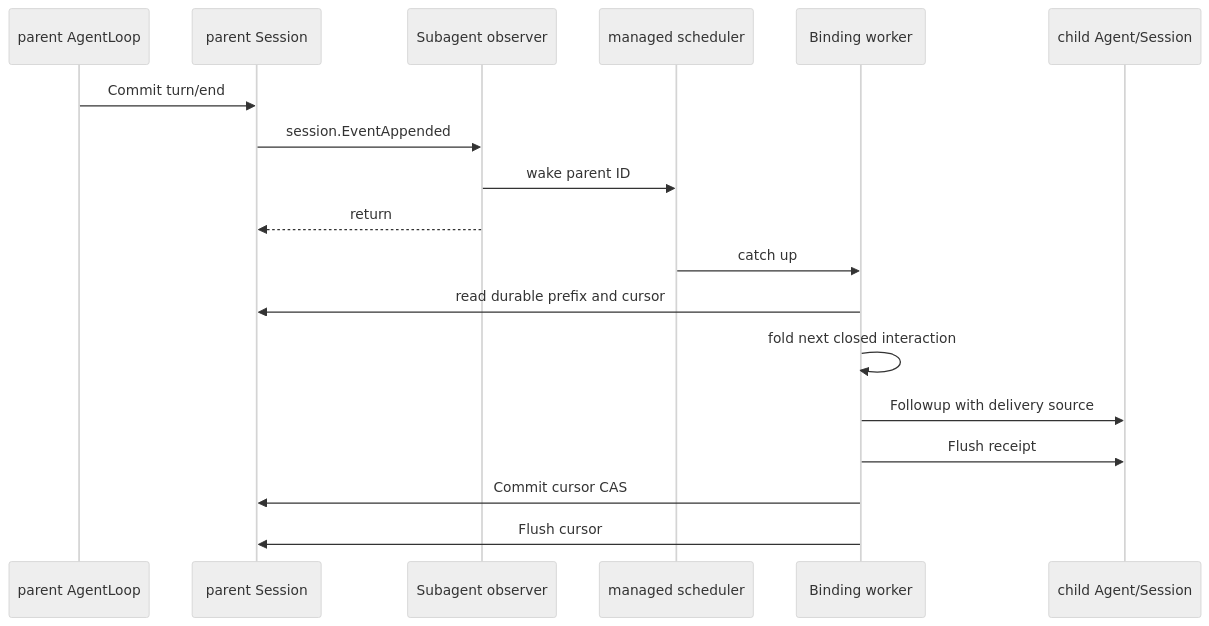
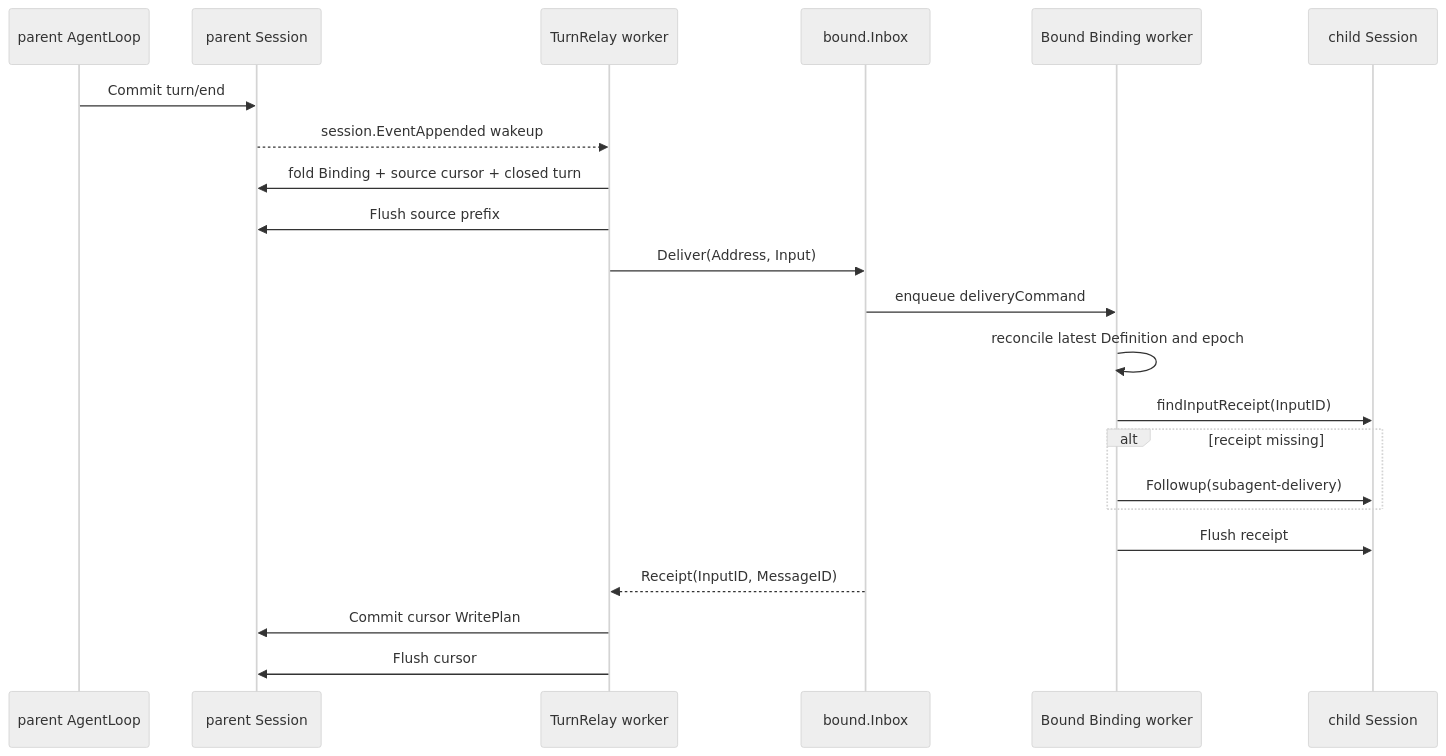
One commit to gorenx/goren changed the diagram in subagent/docs/session-event-delivery.zh-CN.md. Above: the diagram before and after it, drawn with Mermaid (neutral theme). The commit also changed other lines of this file and 9 other files, not shown here.

Commit message:
docs(bound): document inbox and turn relay ownership

````diff
--- a/subagent/docs/session-event-delivery.zh-CN.md
+++ b/subagent/docs/session-event-delivery.zh-CN.md
@@ -32,21 +30,25 @@
 ```mermaid
 sequenceDiagram
     participant P as parent AgentLoop
     participant S as parent Session
-    participant O as Subagent observer
-    participant Q as managed scheduler
-    participant W as Binding worker
-    participant C as child Agent/Session
+    participant T as TurnRelay worker
+    participant I as bound.Inbox
+    participant B as Bound Binding worker
+    participant C as child Session
 
     P->>S: Commit turn/end
-    S->>O: session.EventAppended
-    O->>Q: wake parent ID
-    O-->>S: return
-    Q->>W: catch up
-    W->>S: read durable prefix and cursor
-    W->>W: fold next closed interaction
-    W->>C: Followup with delivery source
-    W->>C: Flush receipt
-    W->>S: Commit cursor CAS
-    W->>S: Flush cursor
+    S-->>T: session.EventAppended wakeup
+    T->>S: fold Binding + source cursor + closed turn
+    T->>S: Flush source prefix
+    T->>I: Deliver(Address, Input)
+    I->>B: enqueue deliveryCommand
+    B->>B: reconcile latest Definition and epoch
+    B->>C: findInputReceipt(InputID)
+    alt receipt missing
+        B->>C: Followup(subagent-delivery)
+    end
+    B->>C: Flush receipt
+    I-->>T: Receipt(InputID, MessageID)
+    T->>S: Commit cursor WritePlan
+    T->>S: Flush cursor
 ```
````
